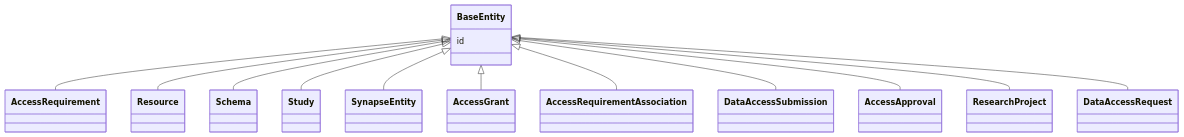
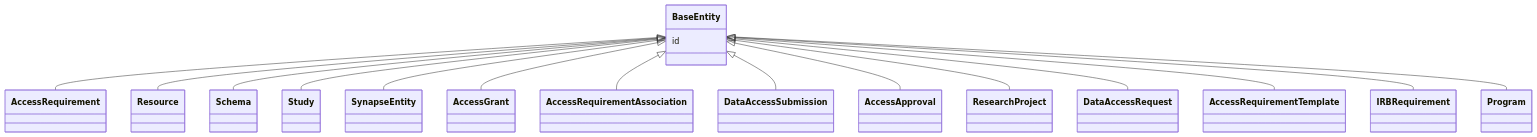
One commit to mc2-center/governanceDUO changed the diagram in docs/reference/classes/BaseEntity.md. Above: the diagram before and after it, drawn with Mermaid. The commit also changed other lines of this file and 33 other files, not shown here.

````diff
--- a/docs/reference/classes/BaseEntity.md
+++ b/docs/reference/classes/BaseEntity.md
@@ -25,31 +25,37 @@
 ```mermaid
  classDiagram
     class BaseEntity
     click BaseEntity href "../../classes/BaseEntity/"
       BaseEntity <|-- AccessRequirement
         click AccessRequirement href "../../classes/AccessRequirement/"
       BaseEntity <|-- Resource
         click Resource href "../../classes/Resource/"
       BaseEntity <|-- Schema
         click Schema href "../../classes/Schema/"
       BaseEntity <|-- Study
         click Study href "../../classes/Study/"
       BaseEntity <|-- SynapseEntity
         click SynapseEntity href "../../classes/SynapseEntity/"
       BaseEntity <|-- AccessGrant
         click AccessGrant href "../../classes/AccessGrant/"
       BaseEntity <|-- AccessRequirementAssociation
         click AccessRequirementAssociation href "../../classes/AccessRequirementAssociation/"
       BaseEntity <|-- DataAccessSubmission
         click DataAccessSubmission href "../../classes/DataAccessSubmission/"
       BaseEntity <|-- AccessApproval
         click AccessApproval href "../../classes/AccessApproval/"
       BaseEntity <|-- ResearchProject
         click ResearchProject href "../../classes/ResearchProject/"
       BaseEntity <|-- DataAccessRequest
         click DataAccessRequest href "../../classes/DataAccessRequest/"
+      BaseEntity <|-- AccessRequirementTemplate
+        click AccessRequirementTemplate href "../../classes/AccessRequirementTemplate/"
+      BaseEntity <|-- IRBRequirement
+        click IRBRequirement href "../../classes/IRBRequirement/"
+      BaseEntity <|-- Program
+        click Program href "../../classes/Program/"
       
       BaseEntity : id
         
       
 ```
````
